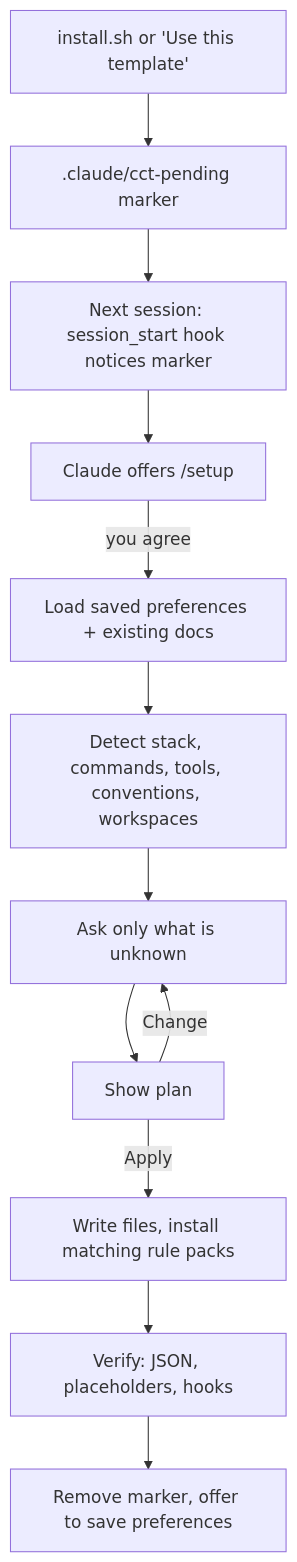
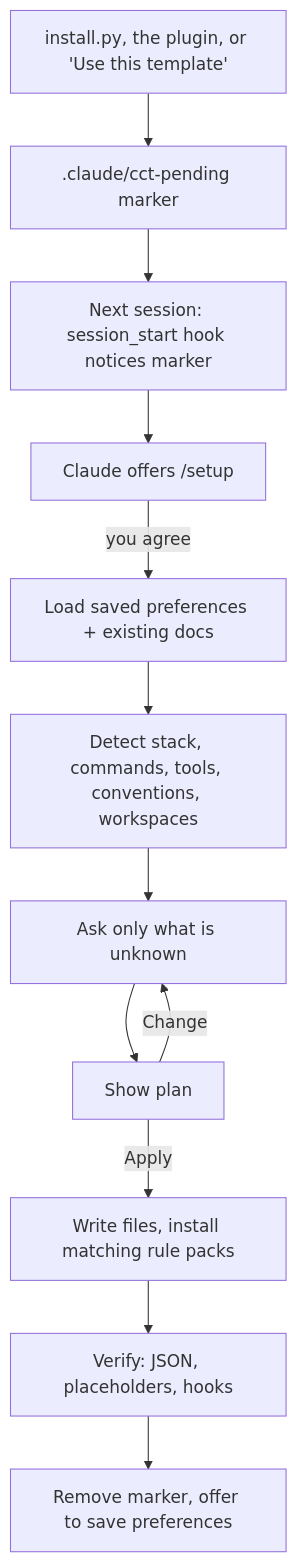
Before and after one commit to John99101/claude-code-project-template: the diagram in docs/GUIDE.md, drawn with Mermaid. The commit also changed other lines of this file and 58 other files, not shown here.

First line of the commit message:
Release 2.0.0: standard plugin layout, Windows support, install.py

````diff
--- a/docs/GUIDE.md
+++ b/docs/GUIDE.md
@@ -144,14 +144,14 @@
 ```mermaid
 flowchart TD
-    A[install.sh or 'Use this template'] --> B[.claude/cct-pending marker]
+    A[install.py, the plugin, or 'Use this template'] --> B[.claude/cct-pending marker]
     B --> C[Next session: session_start hook notices marker]
     C --> D[Claude offers /setup]
     D -->|you agree| E[Load saved preferences + existing docs]
     E --> F[Detect stack, commands, tools, conventions, workspaces]
     F --> G[Ask only what is unknown]
     G --> H[Show plan]
     H -->|Apply| I[Write files, install matching rule packs]
     H -->|Change| G
     I --> J[Verify: JSON, placeholders, hooks]
     J --> K[Remove marker, offer to save preferences]
 ```
````
